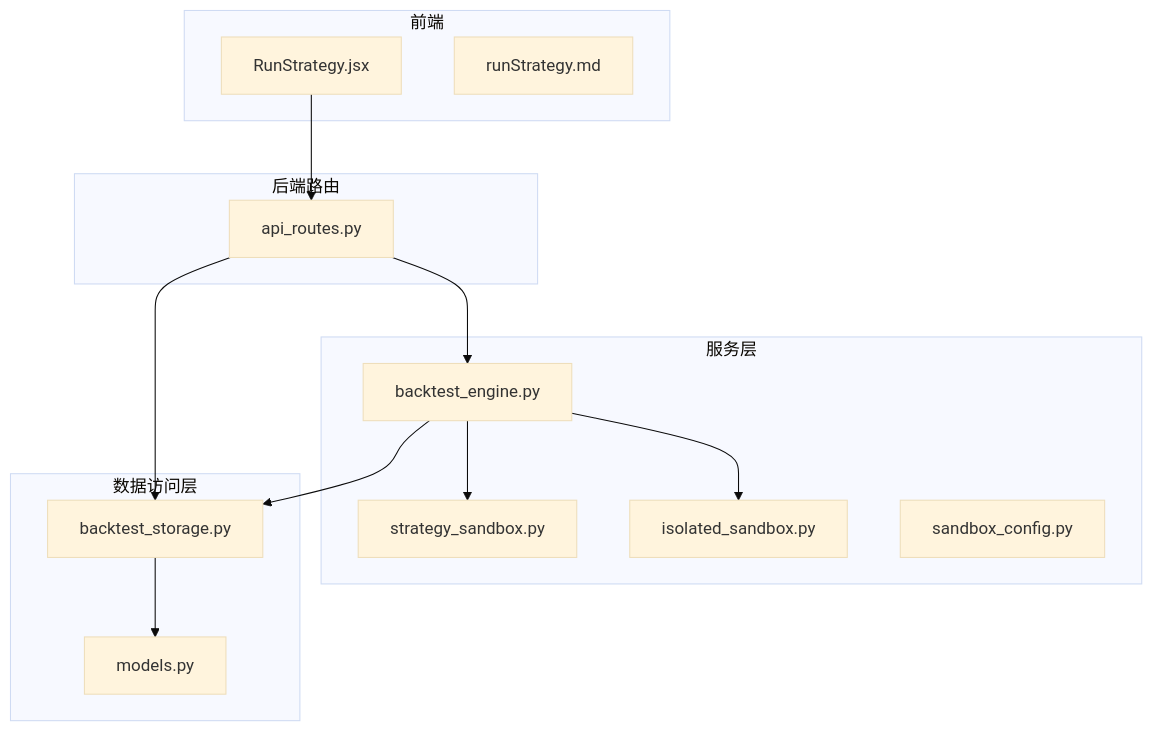
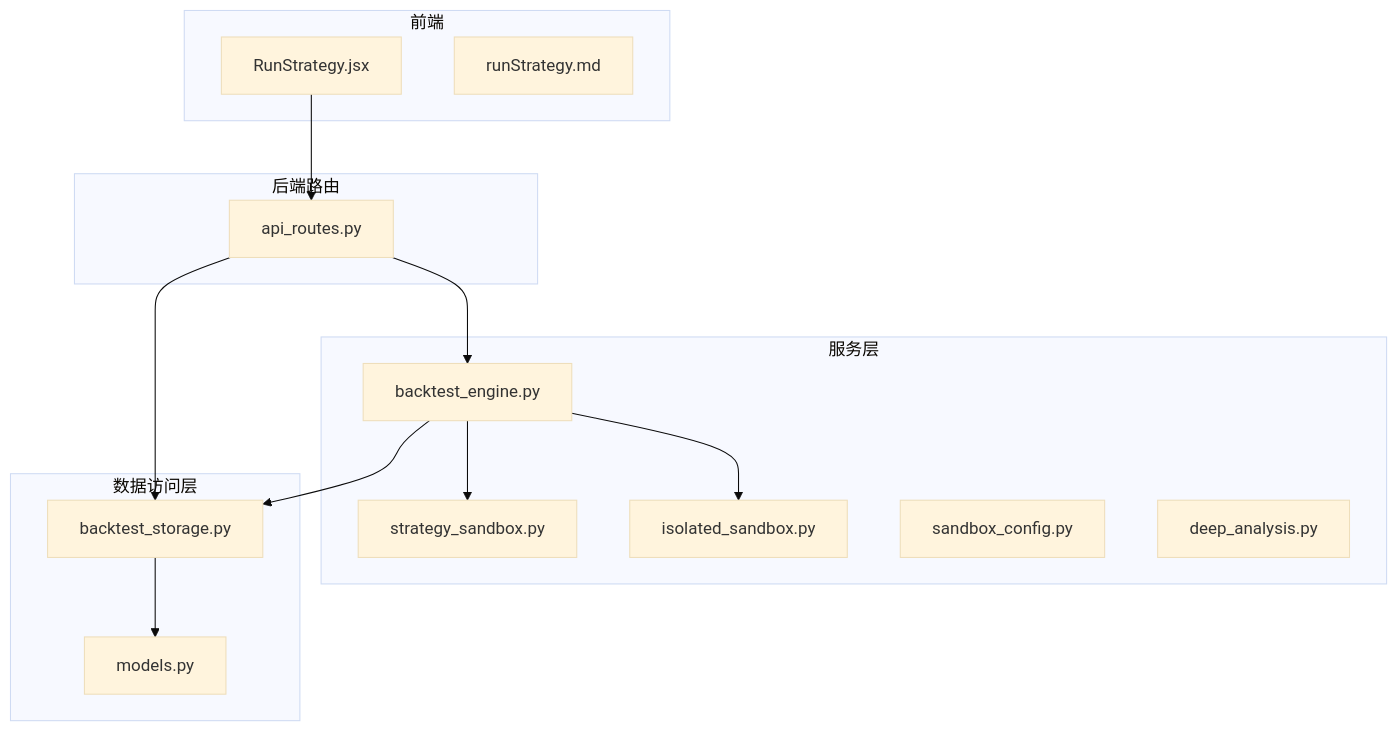
Before and after one commit to faryhuo/backtrader: the first of 7 diagrams in .qoder/repowiki/zh/content/核心功能详解/策略回测系统.md, drawn with Mermaid (base theme). The commit also changed other lines of this file and 7 other files, not shown here.

````diff
--- a/.qoder/repowiki/zh/content/核心功能详解/策略回测系统.md
+++ b/.qoder/repowiki/zh/content/核心功能详解/策略回测系统.md
@@ -40,27 +53,28 @@
 ```mermaid
 graph TB
 subgraph "前端"
 RS["RunStrategy.jsx"]
 RSMD["runStrategy.md"]
 end
 subgraph "后端路由"
 API["api_routes.py"]
 end
 subgraph "服务层"
 BE["backtest_engine.py"]
 SS["strategy_sandbox.py"]
 IS["isolated_sandbox.py"]
 SC["sandbox_config.py"]
+DA["deep_analysis.py"]
 end
 subgraph "数据访问层"
 BS["backtest_storage.py"]
 M["models.py"]
 end
 RS --> API
 API --> BE
 BE --> IS
 BE --> SS
 BE --> BS
 BS --> M
 API --> BS
 ```
````
